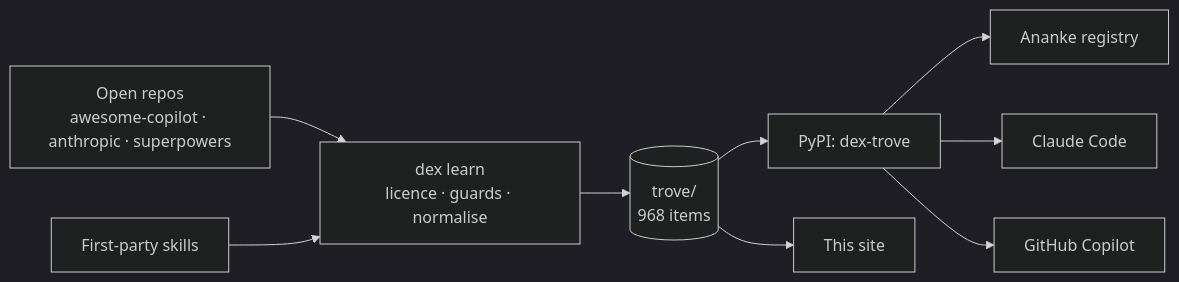
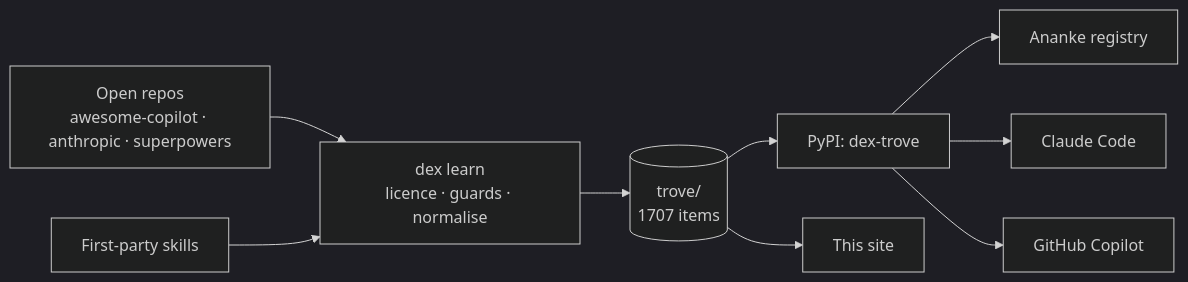
One commit to Neo-Pragnya/Dex-Trove changed the diagram in docs/index.md. Above: the diagram before and after it, drawn with Mermaid (dark theme). The commit also changed 6550 other files, not shown here.

````diff
--- a/docs/index.md
+++ b/docs/index.md
@@ -17,11 +17,11 @@
 ```mermaid
 flowchart LR
   U[Open repos<br/>awesome-copilot · anthropic · superpowers] --> L[dex learn<br/>licence · guards · normalise]
   F[First-party skills] --> L
-  L --> T[(trove/<br/>968 items)]
+  L --> T[(trove/<br/>1707 items)]
   T --> P[PyPI: dex-trove]
   P --> A[Ananke registry]
   P --> C[Claude Code]
   P --> G[GitHub Copilot]
   T --> W[This site]
 ```
````
